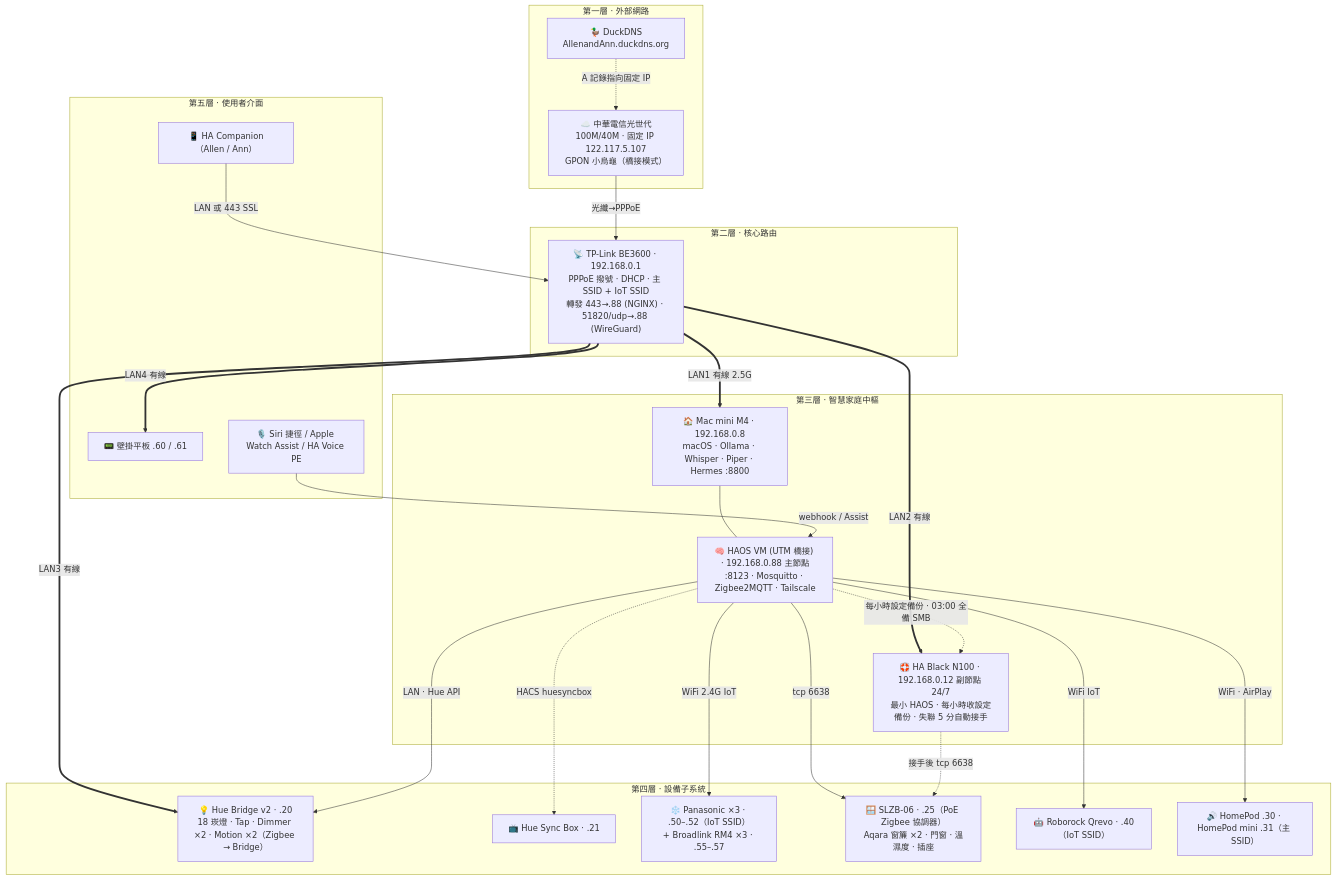
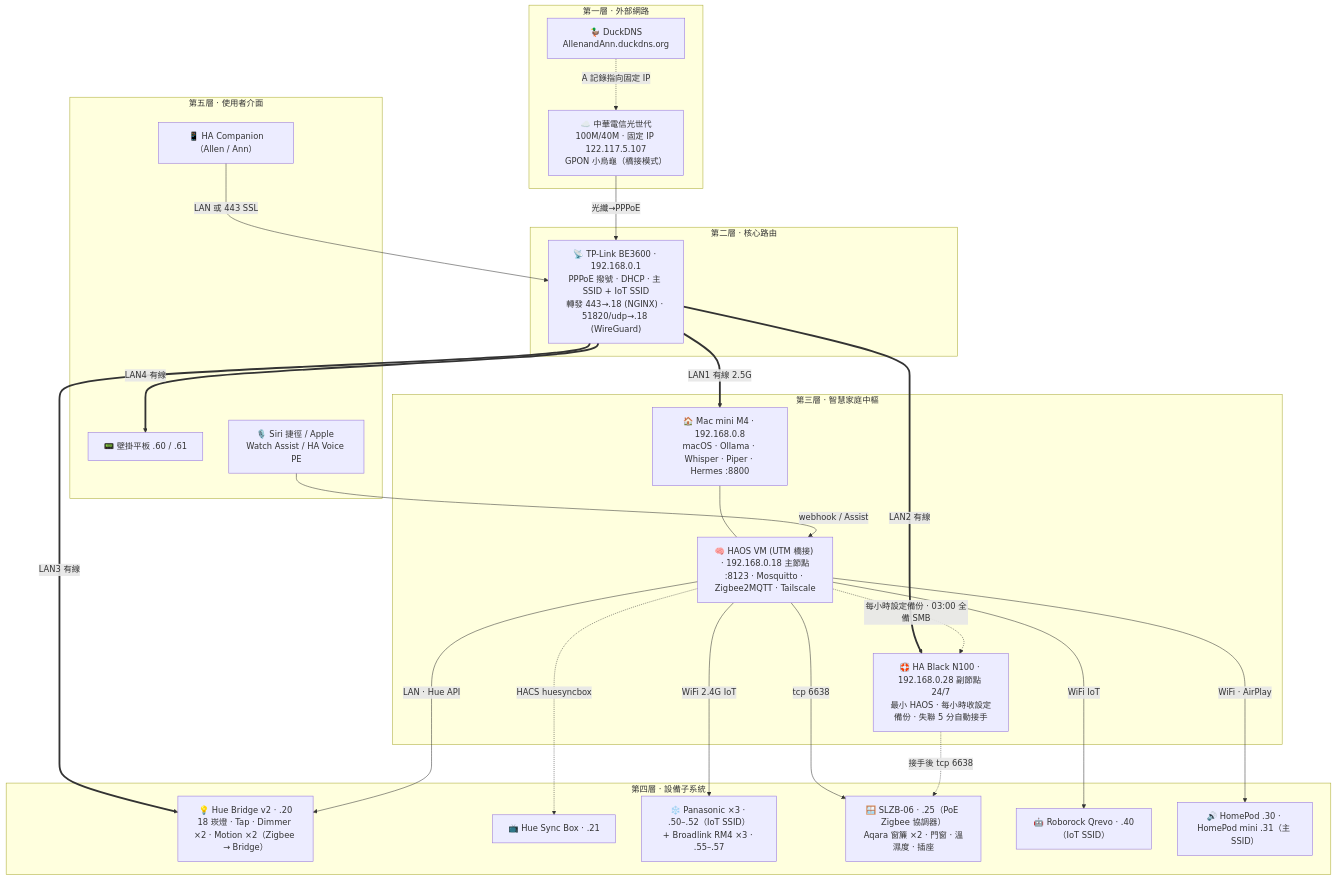
One commit to allenchen1113official/smarthome changed the diagram in docs/SOP/01-網路拓樸實作.md. Above: the diagram before and after it, drawn with Mermaid. The commit also changed other lines of this file and 37 other files, not shown here.

First line of the commit message:
v1.6.3：IP 再對實機 — HAOS 主節點 .18、HA Black .28、VIP .88；DHCP 池回 .100–.199；手冊/packages/Hermes/青鳥/LB/拓樸圖/試算表/設計文件同步

````diff
--- a/docs/SOP/01-網路拓樸實作.md
+++ b/docs/SOP/01-網路拓樸實作.md
@@ -10,45 +10,45 @@
 ```mermaid
 flowchart TB
   subgraph L1["第一層 · 外部網路"]
     CHT["☁️ 中華電信光世代<br/>100M/40M · 固定 IP 122.117.5.107<br/>GPON 小烏龜（橋接模式）"]
     DDNS["🦆 DuckDNS<br/>AllenandAnn.duckdns.org"]
   end
   subgraph L2["第二層 · 核心路由"]
-    RT["📡 TP-Link BE3600 · 192.168.0.1<br/>PPPoE 撥號 · DHCP · 主 SSID + IoT SSID<br/>轉發 443→.88 (NGINX) · 51820/udp→.88 (WireGuard)"]
+    RT["📡 TP-Link BE3600 · 192.168.0.1<br/>PPPoE 撥號 · DHCP · 主 SSID + IoT SSID<br/>轉發 443→.18 (NGINX) · 51820/udp→.18 (WireGuard)"]
   end
   subgraph L3["第三層 · 智慧家庭中樞"]
     MAC["🏠 Mac mini M4 · 192.168.0.8<br/>macOS · Ollama · Whisper · Piper · Hermes :8800"]
-    HAOS["🧠 HAOS VM (UTM 橋接) · 192.168.0.88 主節點<br/>:8123 · Mosquitto · Zigbee2MQTT · Tailscale"]
-    BK["🛟 HA Black N100 · 192.168.0.12 副節點 24/7<br/>最小 HAOS · 每小時收設定備份 · 失聯 5 分自動接手"]
+    HAOS["🧠 HAOS VM (UTM 橋接) · 192.168.0.18 主節點<br/>:8123 · Mosquitto · Zigbee2MQTT · Tailscale"]
+    BK["🛟 HA Black N100 · 192.168.0.28 副節點 24/7<br/>最小 HAOS · 每小時收設定備份 · 失聯 5 分自動接手"]
     MAC --- HAOS
   end
   subgraph L4["第四層 · 設備子系統"]
     HUE["💡 Hue Bridge v2 · .20<br/>18 崁燈 · Tap · Dimmer ×2 · Motion ×2（Zigbee → Bridge）"]
     SYNC["📺 Hue Sync Box · .21"]
     AC["❄️ Panasonic ×3 · .50–.52（IoT SSID）<br/>+ Broadlink RM4 ×3 · .55–.57"]
     ZB["🪟 SLZB-06 · .25（PoE Zigbee 協調器）<br/>Aqara 窗簾 ×2 · 門窗 · 溫濕度 · 插座"]
     ROBO["🤖 Roborock Qrevo · .40（IoT SSID）"]
     HP["🔊 HomePod .30 · HomePod mini .31（主 SSID）"]
   end
   subgraph L5["第五層 · 使用者介面"]
     APP["📱 HA Companion（Allen / Ann）"]
     TAB["📟 壁掛平板 .60 / .61"]
     VOICE["🎙️ Siri 捷徑 / Apple Watch Assist / HA Voice PE"]
   end
   CHT -->|光纖→PPPoE| RT
   DDNS -.->|A 記錄指向固定 IP| CHT
   RT ==>|LAN1 有線 2.5G| MAC
   RT ==>|LAN2 有線| BK
   RT ==>|LAN3 有線| HUE
   RT ==>|LAN4 有線| TAB
   HAOS -->|WiFi 2.4G IoT| AC
   HAOS -->|tcp 6638| ZB
   BK -.->|接手後 tcp 6638| ZB
   HAOS -->|WiFi IoT| ROBO
   HAOS -->|LAN · Hue API| HUE
   HAOS -->|WiFi · AirPlay| HP
   HAOS -.->|HACS huesyncbox| SYNC
   HAOS -.->|每小時設定備份 · 03:00 全備 SMB| BK
   APP -->|LAN 或 443 SSL| RT
   VOICE -->|webhook / Assist| HAOS
 ```
````
